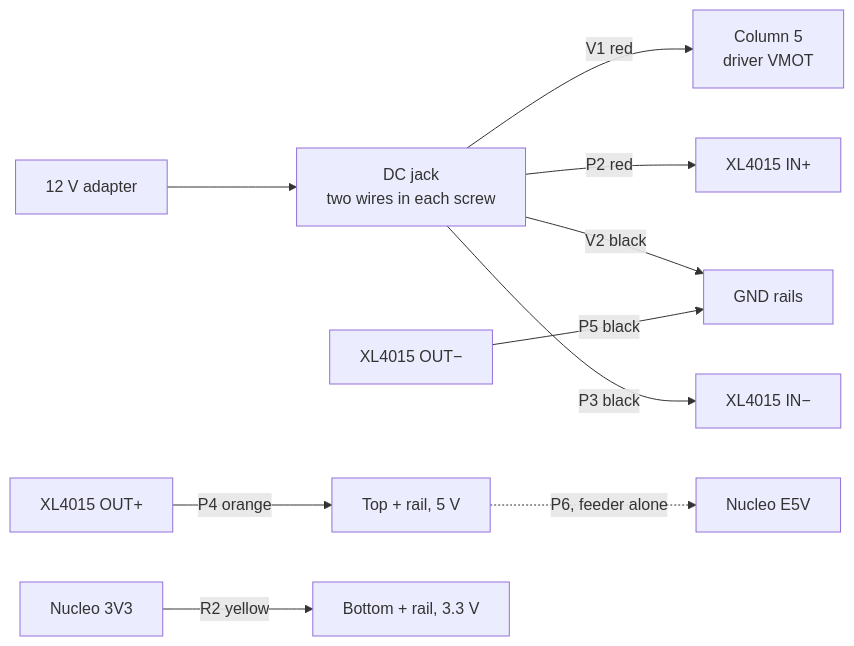
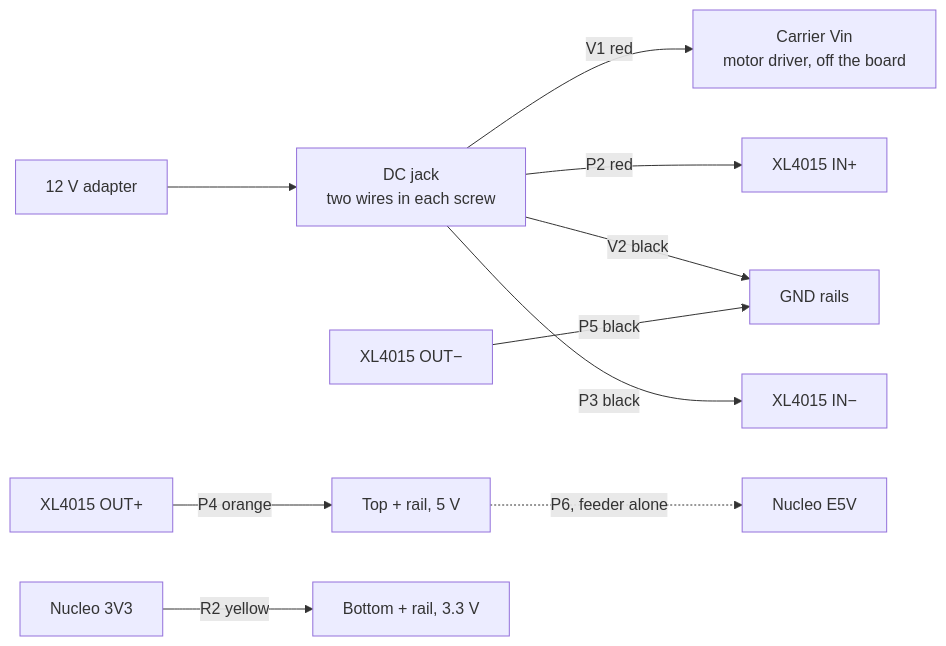
Before and after one commit to sourcandy101/kibbly: the first of 3 diagrams in hardware/04_wiring_list.md, drawn with Mermaid. The commit also changed other lines of this file and 13 other files, not shown here.

First line of the commit message:
Put the DRV8825 on its carrier board and take the 12 V off the breadboard

````diff
--- a/hardware/04_wiring_list.md
+++ b/hardware/04_wiring_list.md
@@ -91,12 +91,12 @@
 ```mermaid
 flowchart LR
     AD["12 V adapter"] --> J["DC jack<br/>two wires in each screw"]
-    J -->|"V1 red"| C5["Column 5<br/>driver VMOT"]
+    J -->|"V1 red"| C5["Carrier Vin<br/>motor driver, off the board"]
     J -->|"P2 red"| XIN["XL4015 IN+"]
     J -->|"V2 black"| G["GND rails"]
     J -->|"P3 black"| XGN["XL4015 IN−"]
     XOUT["XL4015 OUT+"] -->|"P4 orange"| B5["Top + rail, 5 V"]
     XOG["XL4015 OUT−"] -->|"P5 black"| G
     B5 -.->|"P6, feeder alone"| E5V["Nucleo E5V"]
     N3["Nucleo 3V3"] -->|"R2 yellow"| B3["Bottom + rail, 3.3 V"]
 ```
````
